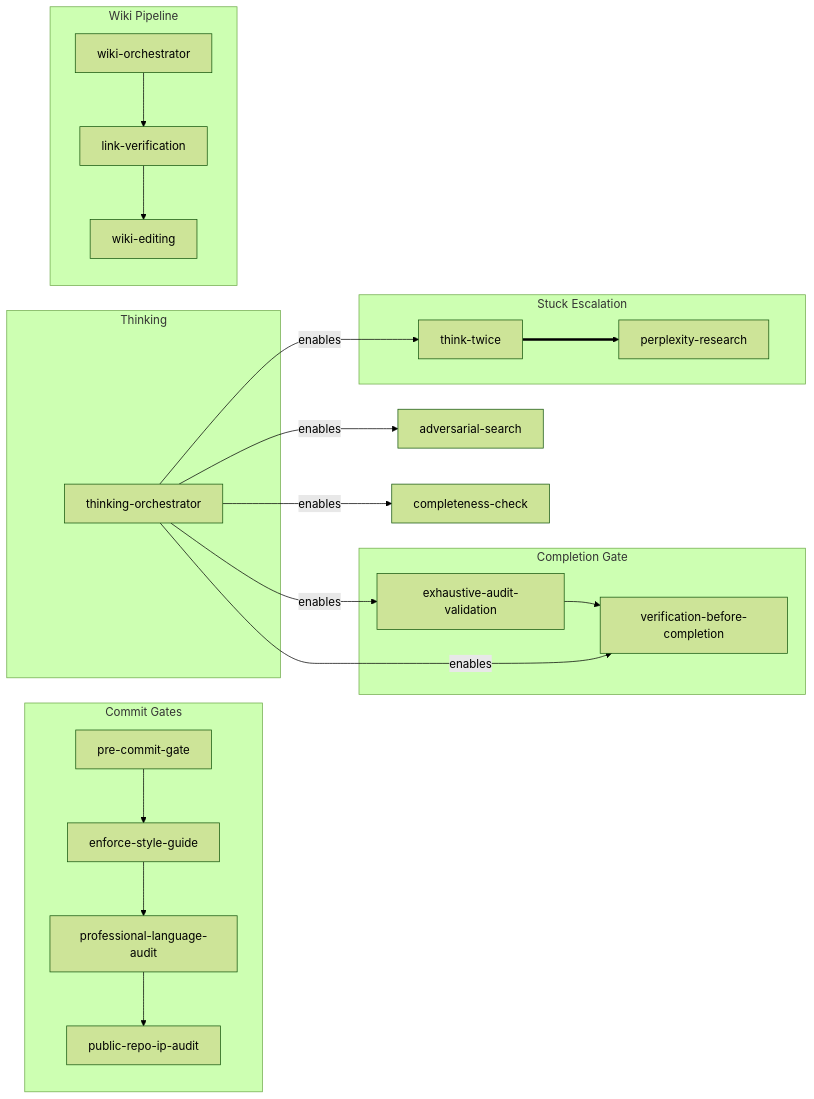
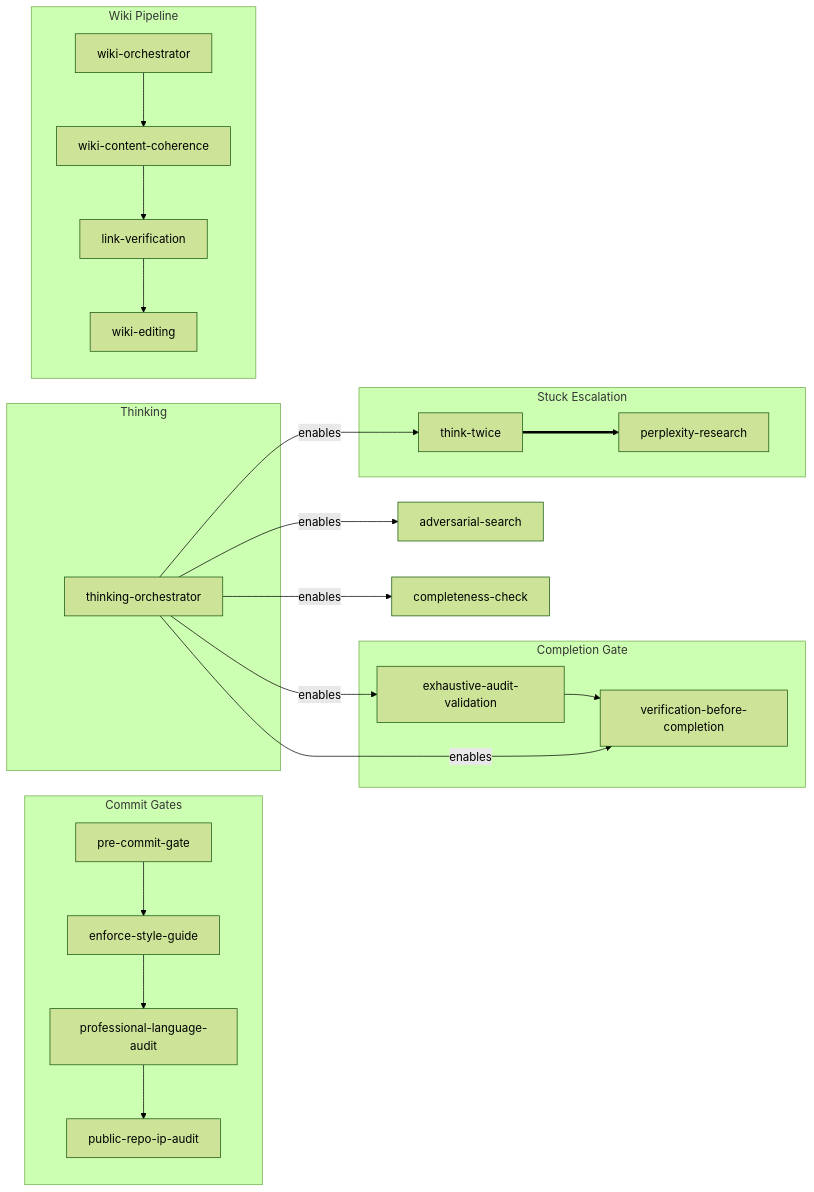
Before and after one commit to bordenet/superpowers-plus: the diagram in README.md, drawn with Mermaid (forest theme). The commit also changed other lines of this file and 7 other files, not shown here.

First line of the commit message:
feat: add wiki-content-coherence skill (48th skill)

````diff
--- a/README.md
+++ b/README.md
@@ -210,31 +211,32 @@
 ```mermaid
 graph LR
   subgraph commit-gates["Commit Gates"]
     pre_commit_gate["pre-commit-gate"] --> enforce_style_guide["enforce-style-guide"]
     enforce_style_guide --> professional_language_audit["professional-language-audit"]
     professional_language_audit --> public_repo_ip_audit["public-repo-ip-audit"]
   end
 
   subgraph completion-gate["Completion Gate"]
     exhaustive_audit_validation["exhaustive-audit-validation"] --> verification_before_completion["verification-before-completion"]
   end
 
   subgraph thinking["Thinking"]
     thinking_orchestrator["thinking-orchestrator"]
   end
 
   subgraph wiki-pipeline["Wiki Pipeline"]
-    wiki_orchestrator["wiki-orchestrator"] --> link_verification["link-verification"]
+    wiki_orchestrator["wiki-orchestrator"] --> wiki_content_coherence["wiki-content-coherence"]
+    wiki_content_coherence --> link_verification["link-verification"]
     link_verification --> wiki_editing["wiki-editing"]
   end
 
   subgraph stuck-escalation["Stuck Escalation"]
     think_twice["think-twice"] ==> perplexity_research["perplexity-research"]
   end
 
   thinking_orchestrator -->|enables| adversarial_search["adversarial-search"]
   thinking_orchestrator -->|enables| think_twice
   thinking_orchestrator -->|enables| verification_before_completion
   thinking_orchestrator -->|enables| exhaustive_audit_validation
   thinking_orchestrator -->|enables| completeness_check["completeness-check"]
 ```
````
